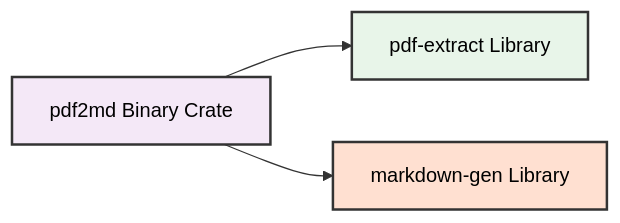
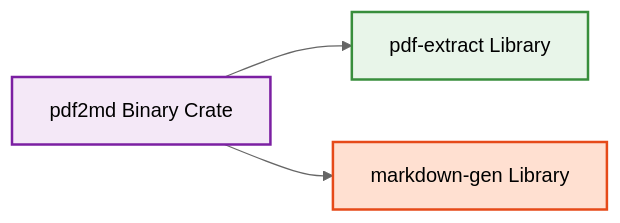
The second of 8 diagrams in wiki/Architecture-Diagrams.md (softwarewrighter/pdf2md), drawn with Mermaid before and after one commit. The commit also changed other lines of this file and 7 other files, not shown here.

First line of the commit message:
fix: update mermaid diagrams for GitHub dark mode compatibility

````diff
--- a/wiki/Architecture-Diagrams.md
+++ b/wiki/Architecture-Diagrams.md
@@ -84,14 +84,14 @@
 ```mermaid
-%%{init: {'theme':'base', 'themeVariables': {'primaryColor':'#f5f5f5','primaryTextColor':'#000','primaryBorderColor':'#333','lineColor':'#333','secondaryColor':'#f5f5f5','tertiaryColor':'#f5f5f5'}}}%%
+%%{init: {'theme':'neutral'}}%%
 graph LR
     A[pdf2md Binary Crate]
     B[pdf-extract Library]
     C[markdown-gen Library]
 
     A --> B
     A --> C
 
-    style A fill:#f4e8f7,stroke:#333,stroke-width:2px,color:#000
-    style B fill:#e8f5e9,stroke:#333,stroke-width:2px,color:#000
-    style C fill:#ffe0d1,stroke:#333,stroke-width:2px,color:#000
+    style A fill:#f4e8f7,stroke:#7b1fa2,stroke-width:2px
+    style B fill:#e8f5e9,stroke:#388e3c,stroke-width:2px
+    style C fill:#ffe0d1,stroke:#e64a19,stroke-width:2px
 ```
````
